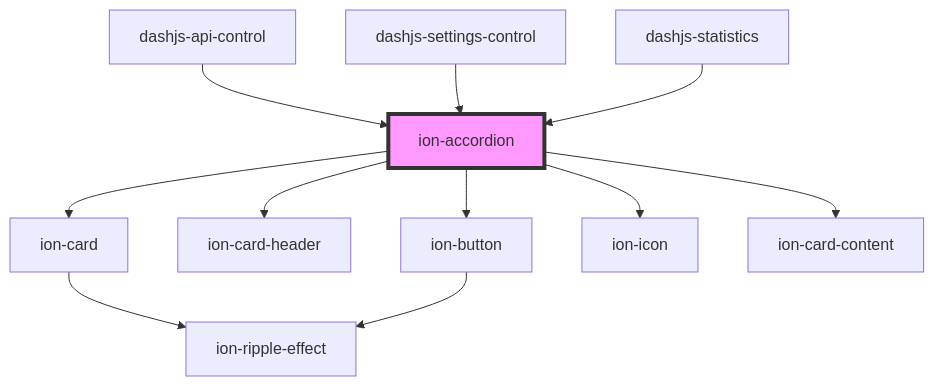
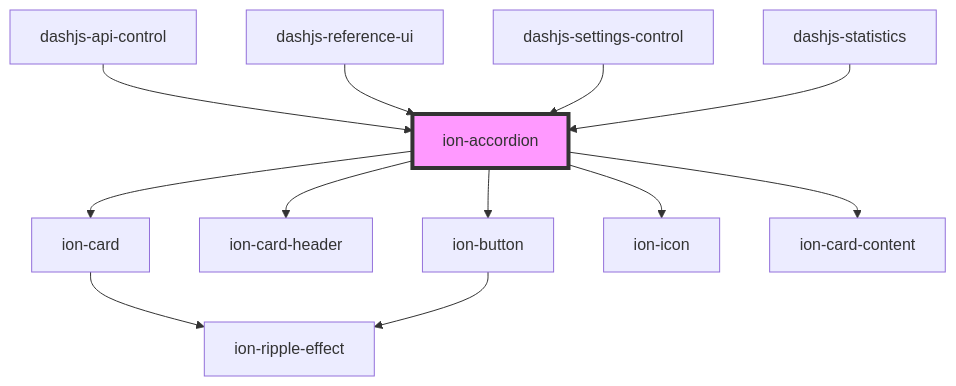
Before and after one commit to AWTPJ2021/dash-reference-ui: the diagram in src/components/ion-accordion/readme.md, drawn with Mermaid. The commit also changed other lines of this file and 15 other files, not shown here.

````diff
--- a/src/components/ion-accordion/readme.md
+++ b/src/components/ion-accordion/readme.md
@@ -32,14 +46,15 @@
 ```mermaid
 graph TD;
   ion-accordion --> ion-card
   ion-accordion --> ion-card-header
   ion-accordion --> ion-button
   ion-accordion --> ion-icon
   ion-accordion --> ion-card-content
   ion-card --> ion-ripple-effect
   ion-button --> ion-ripple-effect
   dashjs-api-control --> ion-accordion
+  dashjs-reference-ui --> ion-accordion
   dashjs-settings-control --> ion-accordion
   dashjs-statistics --> ion-accordion
   style ion-accordion fill:#f9f,stroke:#333,stroke-width:4px
 ```
````
